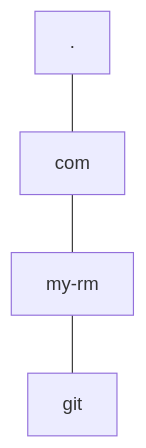
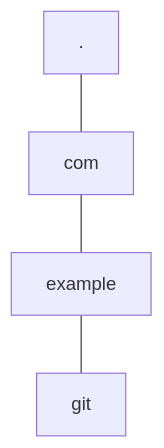
One commit to RyanM-Dev/My-Summery changed diagram 18 of 28 in DevOps/NaNa/Linux/6. Networking Fundamentals.md. Above: the diagram before and after it, drawn with Mermaid. The commit also changed other lines of this file and 25 other files, not shown here.

````diff
--- a/DevOps/NaNa/Linux/6. Networking Fundamentals.md
+++ b/DevOps/NaNa/Linux/6. Networking Fundamentals.md
@@ -1101,10 +1101,10 @@
 ```mermaid
 flowchart TD
     N0["."]
     N1["com"]
-    N2["my-rm"]
+    N2["example"]
     N3["git"]
     N0 --- N1
     N1 --- N2
     N2 --- N3
 ```
````
